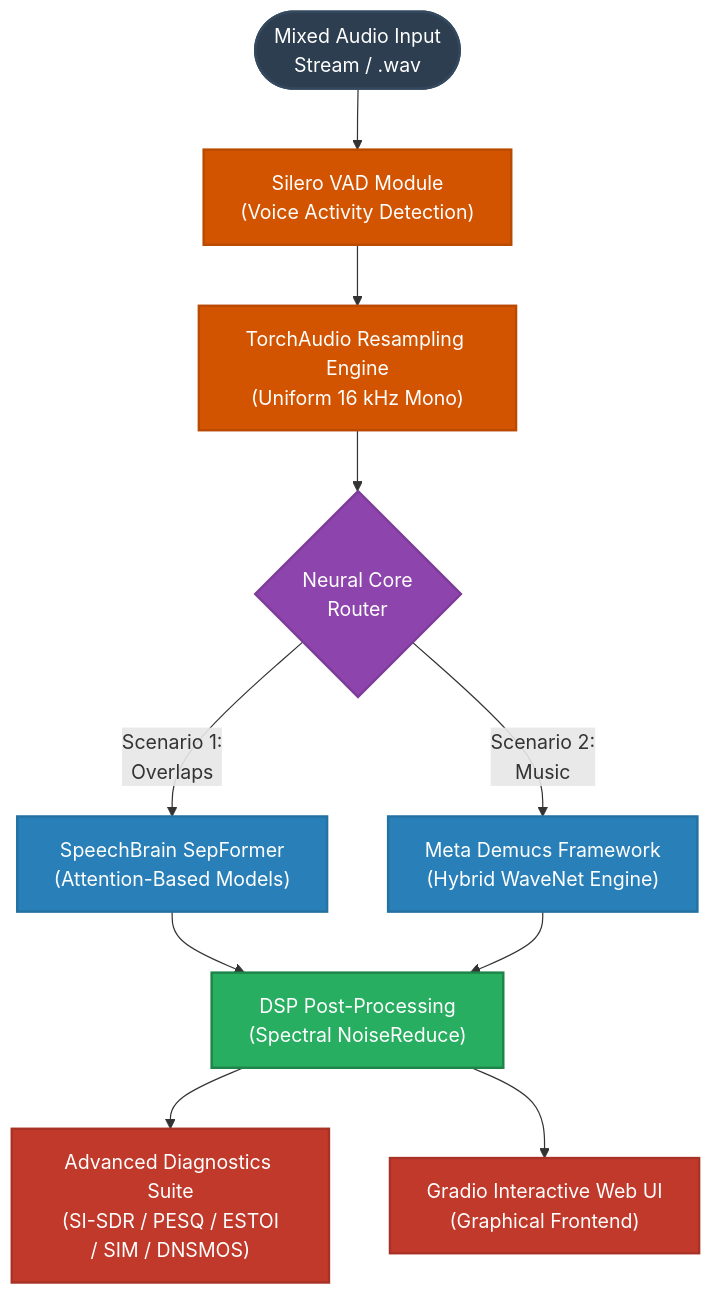
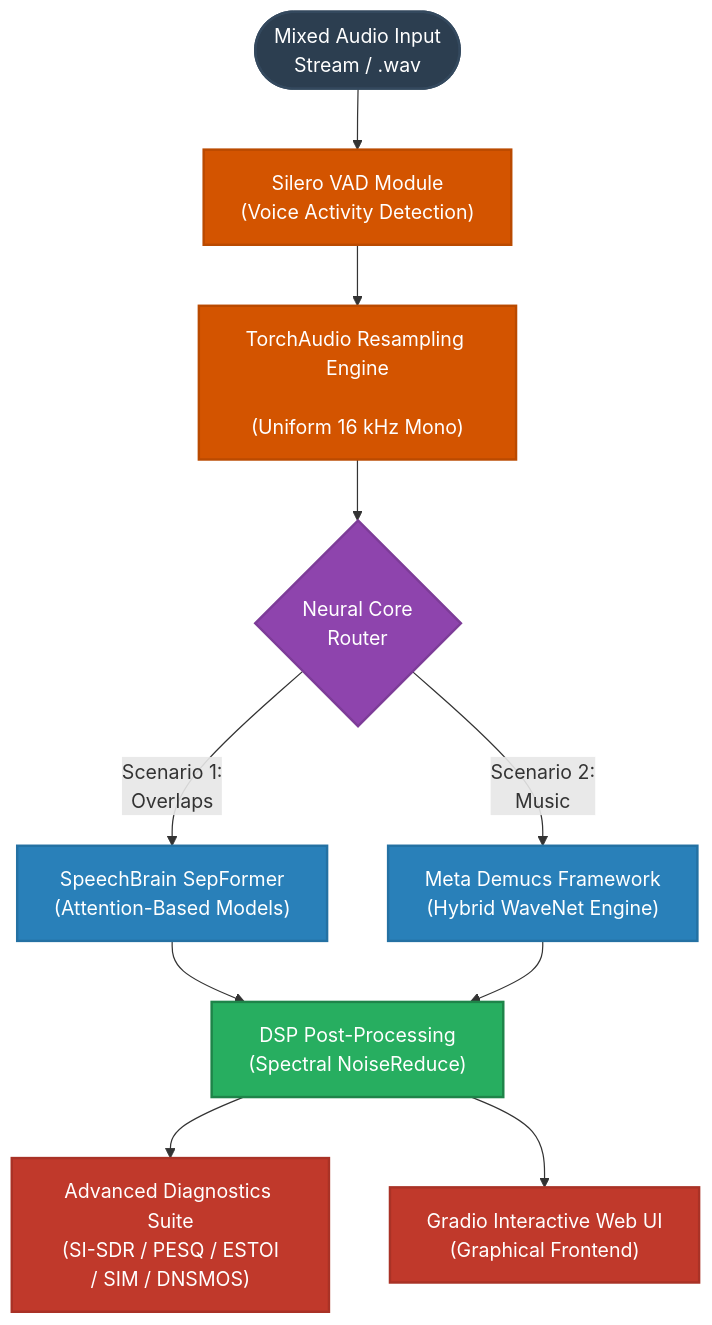
Before and after one commit to gavmada26/overlapped-speech-separation: the diagram in README.md, drawn with Mermaid.

````diff
--- a/README.md
+++ b/README.md
@@ -26,28 +26,29 @@
 ```mermaid
 graph TD
     %% Define Node Colors and Styles
     classDef inputNode fill:#2c3e50,stroke:#34495e,stroke-width:2px,color:#fff;
     classDef preprocNode fill:#d35400,stroke:#ba4a00,stroke-width:2px,color:#fff;
     classDef routerNode fill:#8e44ad,stroke:#7d3c98,stroke-width:2px,color:#fff;
     classDef modelNode fill:#2980b9,stroke:#2471a3,stroke-width:2px,color:#fff;
     classDef dspNode fill:#27ae60,stroke:#1e8449,stroke-width:2px,color:#fff;
     classDef outputNode fill:#c0392b,stroke:#a93226,stroke-width:2px,color:#fff;
 
     %% Audio Input Layer
     Input(["Mixed Audio Input<br/>Stream / .wav"]):::inputNode --> VADNode["Silero VAD Module<br/>(Voice Activity Detection)"]:::preprocNode
-    VADNode --> ResampleNode["TorchAudio Resampling Engine<br/>(Uniform 16 kHz Mono)"]:::preprocNode
+    VADNode --> ResampleNode["TorchAudio Resampling Engine
+<br/>(Uniform 16 kHz Mono)"]:::preprocNode
     ResampleNode --> CoreSelector{"Neural Core<br/>Router"}:::routerNode
     
     %% Deep Learning Core Chains
     CoreSelector -- "Scenario 1:<br/>Overlaps" --> SepFormer["SpeechBrain SepFormer<br/>(Attention-Based Models)"]:::modelNode
     CoreSelector -- "Scenario 2:<br/>Music" --> Demucs["Meta Demucs Framework<br/>(Hybrid WaveNet Engine)"]:::modelNode
     
     %% Post-Processing Layer
     SepFormer --> DSPEnhance["DSP Post-Processing<br/>(Spectral NoiseReduce)"]:::dspNode
     Demucs --> DSPEnhance
     
     %% Targets / Analytics
     DSPEnhance --> Metrics["Advanced Diagnostics Suite<br/>(SI-SDR / PESQ / ESTOI
 / SIM / DNSMOS)"]:::outputNode
     DSPEnhance --> Interface["Gradio Interactive Web UI<br/>(Graphical Frontend)"]:::outputNode
 ```
````
